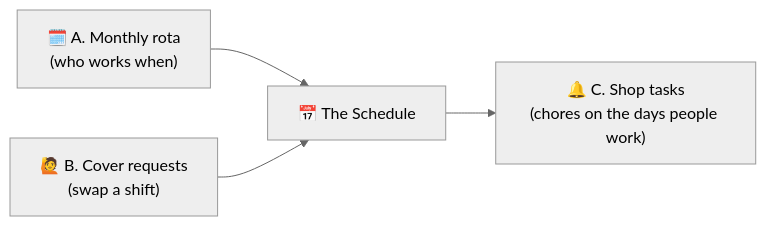
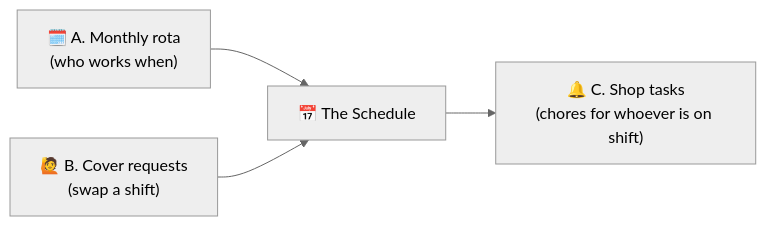
Before and after one commit to astralisdev/hbb-bot-docs: the first of 4 diagrams in README.md, drawn with Mermaid (neutral theme). The commit also changed other lines of this file, not shown here.

````diff
--- a/README.md
+++ b/README.md
@@ -67,6 +76,6 @@
 ```mermaid
 flowchart LR
     A["🗓️ A. Monthly rota<br/>(who works when)"] --> C["📅 The Schedule"]
     B["🙋 B. Cover requests<br/>(swap a shift)"] --> C
-    C --> D["🔔 C. Shop tasks<br/>(chores on the days people work)"]
+    C --> D["🔔 C. Shop tasks<br/>(chores for whoever is on shift)"]
 ```
````
